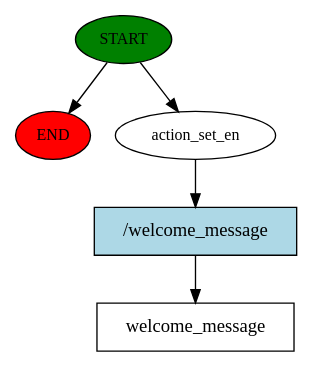
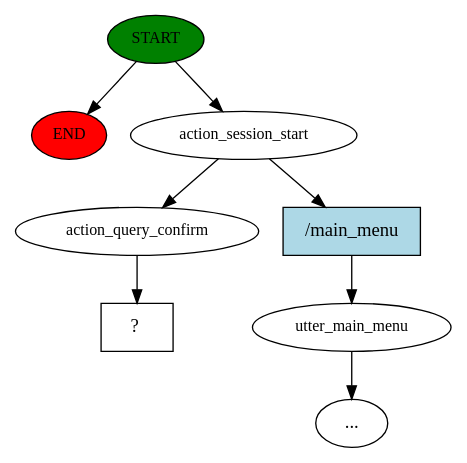
One commit to yuqiong11/kpichat changed the diagram in story_graph.dot. Above: the diagram before and after it, drawn with Graphviz. The commit also changed 114 other files, not shown here.

```diff
--- a/story_graph.dot
+++ b/story_graph.dot
@@ -1,11 +1,17 @@
 digraph  {
 0 [class="start active", fillcolor=green, fontsize=12, label=START, style=filled];
 "-1" [class=end, fillcolor=red, fontsize=12, label=END, style=filled];
-1 [class=active, fontsize=12, label=action_set_en];
-2 [class="intent dashed active", label=welcome_message, shape=rect];
-3 [class="intent active", fillcolor=lightblue, label="/welcome_message", shape=rect, style=filled];
+1 [class=active, fontsize=12, label=action_session_start];
+2 [class="", fontsize=12, label=utter_main_menu];
+"-3" [class=ellipsis, label="..."];
+4 [class=active, fontsize=12, label=action_query_confirm];
+5 [class="intent dashed active", label="  ?  ", shape=rect];
+6 [class=intent, fillcolor=lightblue, label="/main_menu", shape=rect, style=filled];
 0 -> "-1"  [class="", key=NONE, label=""];
 0 -> 1  [class=active, key=NONE, label=""];
-1 -> 3  [class=active, key=0];
-3 -> 2  [class=active, key=0];
+1 -> 4  [class=active, key=NONE, label=""];
+1 -> 6  [class="", key=0];
+2 -> "-3"  [class="", key=NONE, label=""];
+4 -> 5  [class=active, key=NONE, label=""];
+6 -> 2  [class="", key=0];
 }
```
